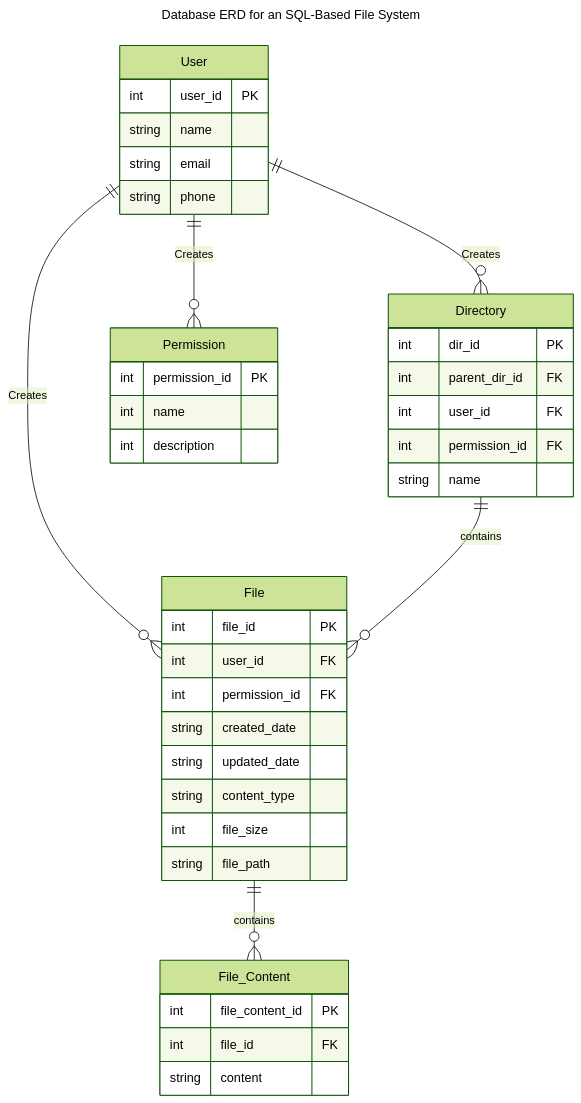
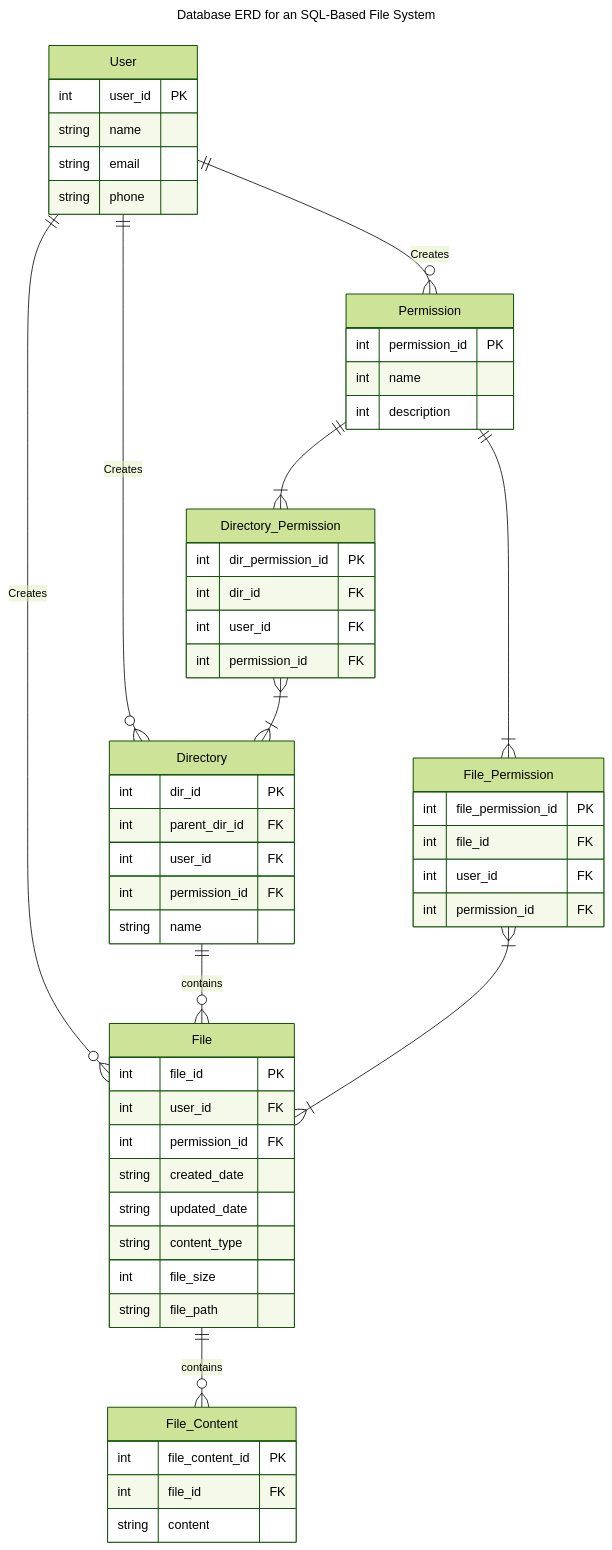
The second of 5 diagrams in README.md (amdy87/MySQL-Filesystem), drawn with Mermaid (forest theme) before and after one commit.

Commit message:
Req and spec db erm edit

````diff
--- a/README.md
+++ b/README.md
@@ -110,50 +110,69 @@
 ```mermaid
 ---
 title: Database ERD for an SQL-Based File System
 ---
 erDiagram
     User ||--o{ File : "Creates"
     User ||--o{ Directory: "Creates"
     User ||--o{ Permission: "Creates"
     Directory ||--o{ File : "contains"
     File ||--o{ File_Content : "contains"
+    Permission ||--|{ File_Permission: ""
+    Permission ||--|{ Directory_Permission: ""
+    File_Permission }|--|{ File: ""
+    Directory_Permission }|--|{ Directory: ""
 
     User {
         int user_id PK
         string name
         string email
         string phone
     }
 
     Permission {
         int permission_id PK
         int name
         int description
     }
 
     File {
         int file_id PK
         int user_id FK
         int permission_id FK
         string created_date
         string updated_date
         string content_type
         int file_size
         string file_path
     }
+    File_Permission {
+        int file_permission_id PK
+        int file_id FK
+        int user_id FK
+        int permission_id FK
+    }
     
+    Directory_Permission {
+        int dir_permission_id PK
+        int dir_id FK
+        int user_id FK
+        int permission_id FK
+    }
+
     Directory {
         int dir_id PK
         int parent_dir_id FK
         int user_id FK
         int permission_id FK
         string name
     }
 
     File_Content {
         int file_content_id PK
         int file_id FK
         string content
     }
 
+
+
 ```
````
